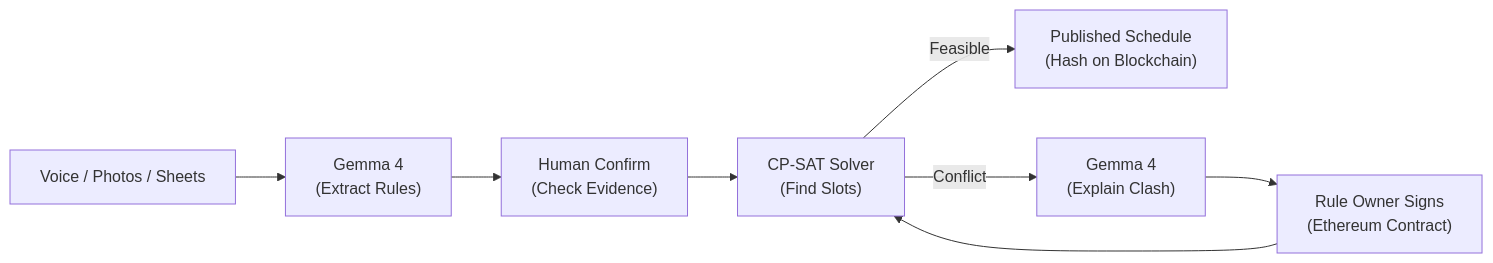
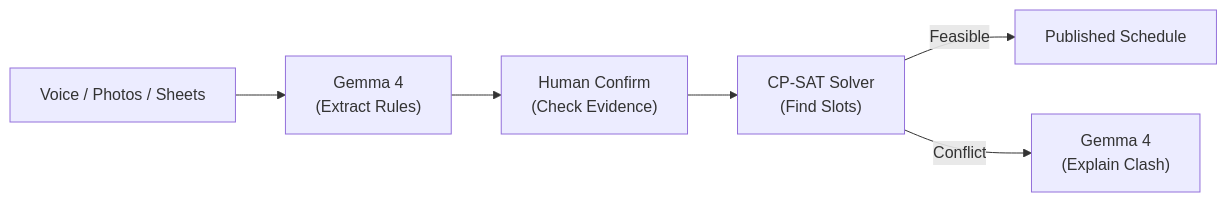
Before and after one commit to ANUJ760/PhishTank: the first of 5 diagrams in README.md, drawn with Mermaid. The commit also changed other lines of this file, not shown here.

````diff
--- a/README.md
+++ b/README.md
@@ -47,10 +45,8 @@
 ```mermaid
 flowchart LR
     A["Voice / Photos / Sheets"] --> B["Gemma 4\n(Extract Rules)"]
     B --> C["Human Confirm\n(Check Evidence)"]
     C --> D["CP-SAT Solver\n(Find Slots)"]
-    D -->|"Feasible"| E["Published Schedule\n(Hash on Blockchain)"]
+    D -->|"Feasible"| E["Published Schedule"]
     D -->|"Conflict"| F["Gemma 4\n(Explain Clash)"]
-    F --> G["Rule Owner Signs\n(Ethereum Contract)"]
-    G --> D
 ```
````
